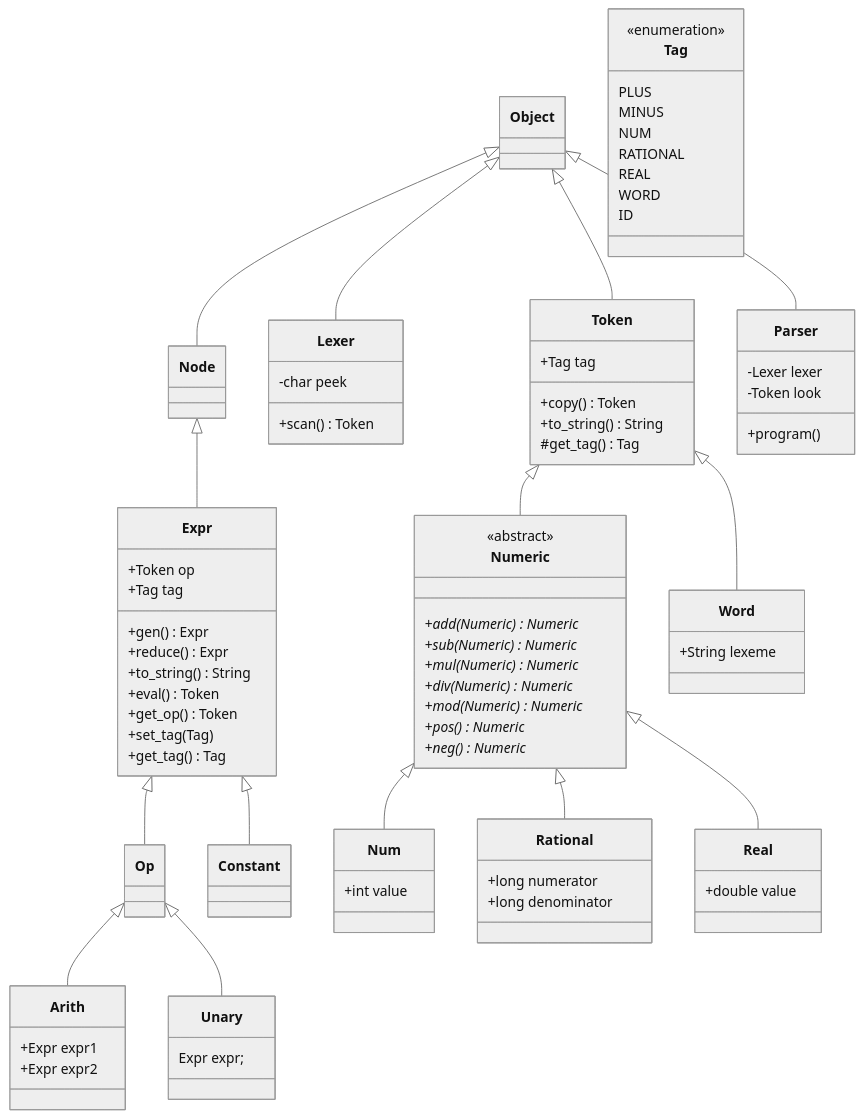
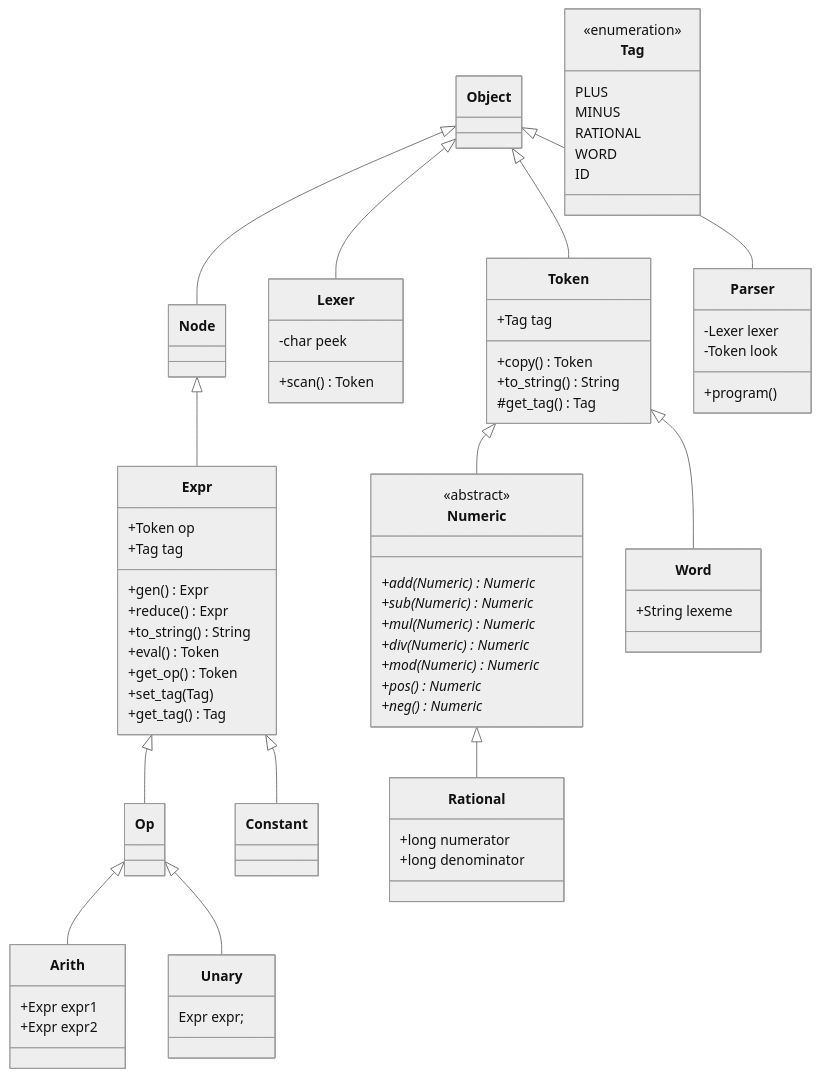
One commit to nwhean/42_computorv changed the diagram in diagram.md. Above: the diagram before and after it, drawn with Mermaid (neutral theme). The commit also changed 7 other files, not shown here.

Commit message:
Removed Num and Real classes

```diff
--- a/diagram.md
+++ b/diagram.md
@@ -42,12 +42,6 @@
 		+scan() Token
 	}
 
-	Numeric <|-- Num
-
-	class Num {
-		+int value
-	}
-
 	Token <|-- Numeric
 
 	class Numeric {
@@ -68,21 +62,13 @@
 		+long denominator
 	}
 
-	Numeric <|-- Real
-
-	class Real {
-		+double value
-	}
-
 	Object <|-- Token
 
 	class Tag {
 		<<enumeration>>
 		PLUS
 		MINUS
-		NUM
 		RATIONAL
-		REAL
 		WORD
 		ID
 	}
```
